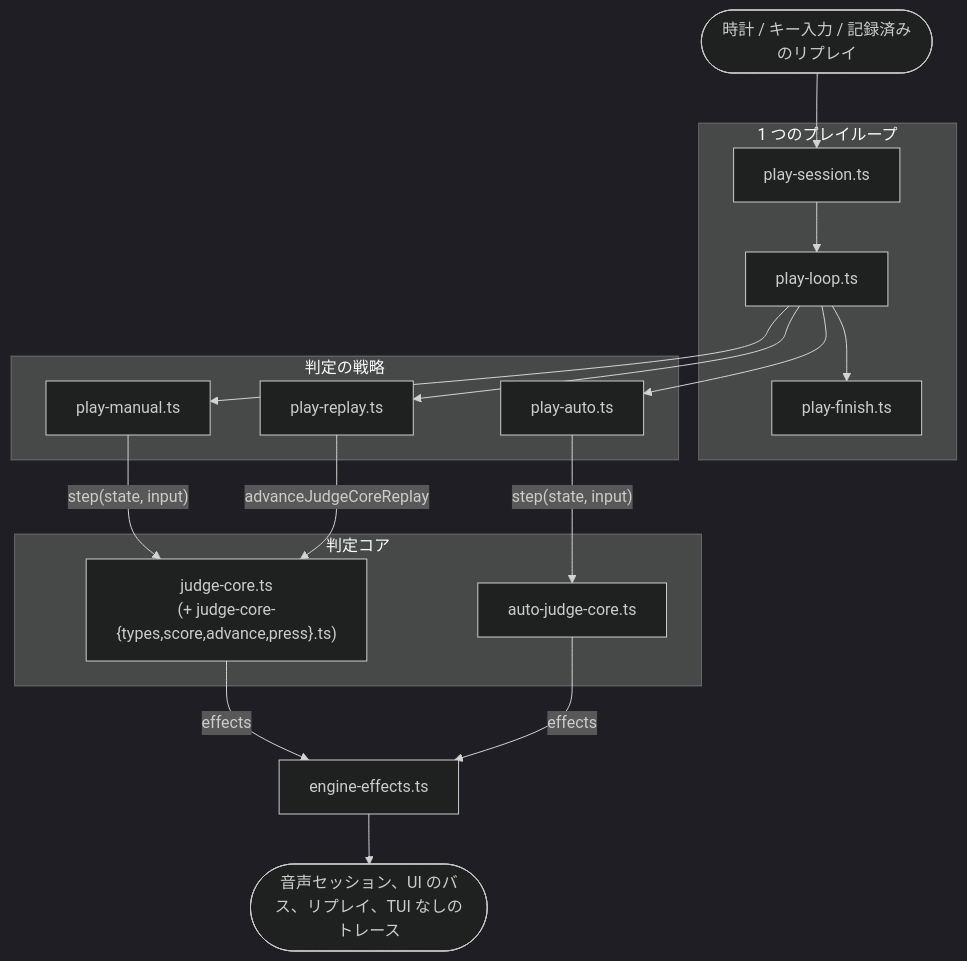
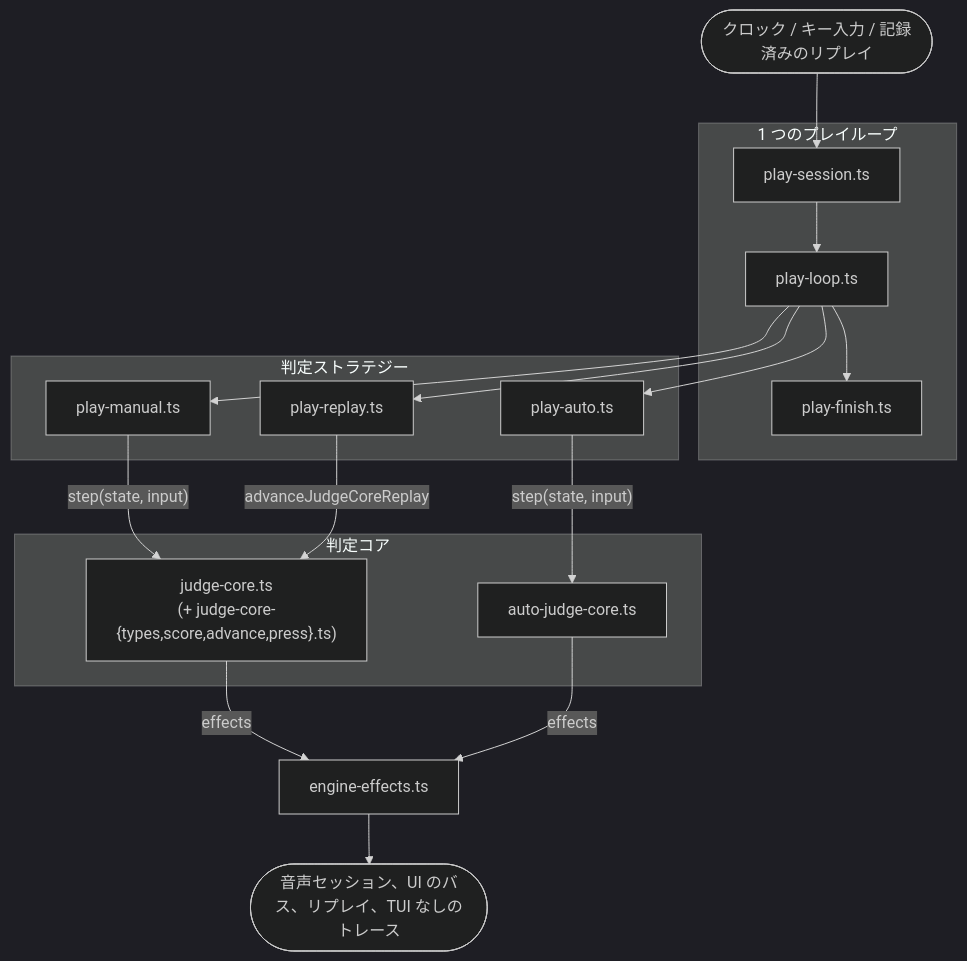
Before and after one commit to nulltask/be-music: the second of 3 diagrams in docs/architecture.ja.md, drawn with Mermaid (dark theme). The commit also changed other lines of this file and 26 other files, not shown here.

````diff
--- a/docs/architecture.ja.md
+++ b/docs/architecture.ja.md
@@ -101,31 +101,31 @@
 ```mermaid
 flowchart TD
-  inputs(["時計 / キー入力 / 記録済みのリプレイ"])
+  inputs(["クロック / キー入力 / 記録済みのリプレイ"])
   subgraph loop["1 つのプレイループ"]
     session["play-session.ts"]
     run["play-loop.ts"]
     finish["play-finish.ts"]
   end
-  subgraph strategies["判定の戦略"]
+  subgraph strategies["判定ストラテジー"]
     manual["play-manual.ts"]
     replay["play-replay.ts"]
     auto["play-auto.ts"]
   end
   subgraph core["判定コア"]
     judge["judge-core.ts<br/>(+ judge-core-{types,score,advance,press}.ts)"]
     autoJudge["auto-judge-core.ts"]
   end
   effects["engine-effects.ts"]
   host(["音声セッション、UI のバス、リプレイ、TUI なしのトレース"])
 
   inputs --> session --> run --> finish
   run --> manual
   run --> replay
   run --> auto
   manual -->|"step(state, input)"| judge
   replay -->|"advanceJudgeCoreReplay"| judge
   auto -->|"step(state, input)"| autoJudge
   judge -->|effects| effects
   autoJudge -->|effects| effects
   effects --> host
 ```
````
